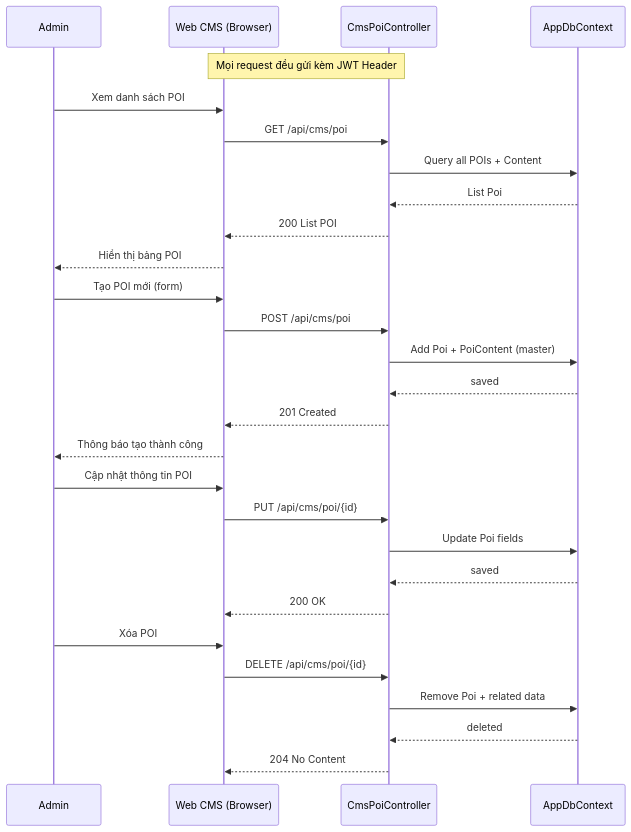
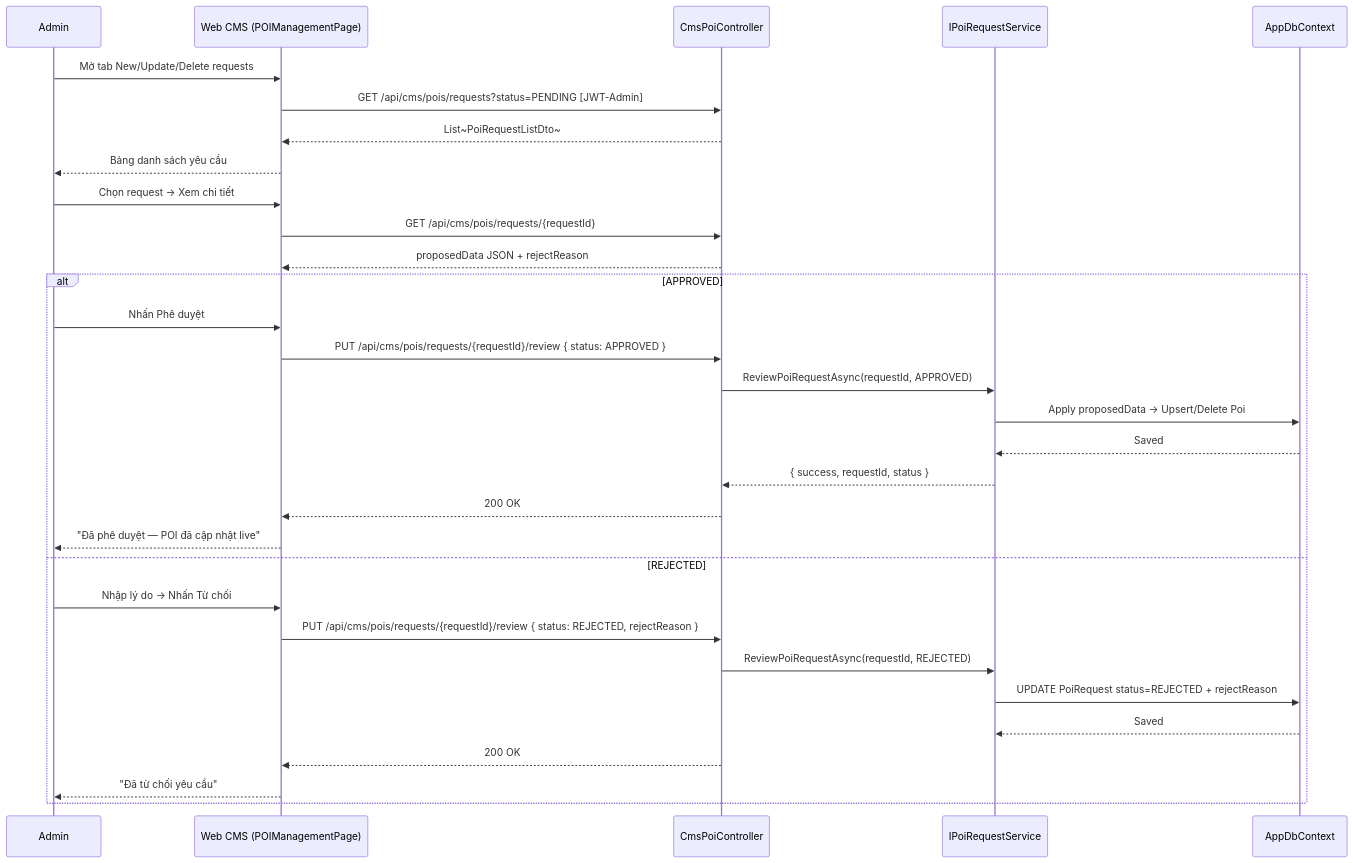
One commit to quynhtien1977/AudioGo changed diagram 28 of 58 in PRD.md. Above: the diagram before and after it, drawn with Mermaid. The commit also changed other lines of this file, not shown here.

````diff
--- a/PRD.md
+++ b/PRD.md
@@ -1148,35 +1376,36 @@
 ```mermaid
 sequenceDiagram
     participant Admin
-    participant CMS as Web CMS (Browser)
+    participant CMS as Web CMS (POIManagementPage)
     participant PoiCtrl as CmsPoiController
+    participant SvcReq as IPoiRequestService
     participant DB as AppDbContext
 
-    Note over CMS,PoiCtrl: Mọi request đều gửi kèm JWT Header
+    Admin ->> CMS: Mở tab New/Update/Delete requests
+    CMS ->> PoiCtrl: GET /api/cms/pois/requests?status=PENDING [JWT-Admin]
+    PoiCtrl -->> CMS: List~PoiRequestListDto~
+    CMS -->> Admin: Bảng danh sách yêu cầu
 
-    Admin ->> CMS: Xem danh sách POI
-    CMS ->> PoiCtrl: GET /api/cms/poi
-    PoiCtrl ->> DB: Query all POIs + Content
-    DB -->> PoiCtrl: List Poi
-    PoiCtrl -->> CMS: 200 List POI
-    CMS -->> Admin: Hiển thị bảng POI
+    Admin ->> CMS: Chọn request → Xem chi tiết
+    CMS ->> PoiCtrl: GET /api/cms/pois/requests/{requestId}
+    PoiCtrl -->> CMS: proposedData JSON + rejectReason
 
-    Admin ->> CMS: Tạo POI mới (form)
-    CMS ->> PoiCtrl: POST /api/cms/poi
-    PoiCtrl ->> DB: Add Poi + PoiContent (master)
-    DB -->> PoiCtrl: saved
-    PoiCtrl -->> CMS: 201 Created
-    CMS -->> Admin: Thông báo tạo thành công
-
-    Admin ->> CMS: Cập nhật thông tin POI
-    CMS ->> PoiCtrl: PUT /api/cms/poi/{id}
-    PoiCtrl ->> DB: Update Poi fields
-    DB -->> PoiCtrl: saved
-    PoiCtrl -->> CMS: 200 OK
-
-    Admin ->> CMS: Xóa POI
-    CMS ->> PoiCtrl: DELETE /api/cms/poi/{id}
-    PoiCtrl ->> DB: Remove Poi + related data
-    DB -->> PoiCtrl: deleted
-    PoiCtrl -->> CMS: 204 No Content
+    alt APPROVED
+        Admin ->> CMS: Nhấn Phê duyệt
+        CMS ->> PoiCtrl: PUT /api/cms/pois/requests/{requestId}/review { status: APPROVED }
+        PoiCtrl ->> SvcReq: ReviewPoiRequestAsync(requestId, APPROVED)
+        SvcReq ->> DB: Apply proposedData → Upsert/Delete Poi
+        DB -->> SvcReq: Saved
+        SvcReq -->> PoiCtrl: { success, requestId, status }
+        PoiCtrl -->> CMS: 200 OK
+        CMS -->> Admin: "Đã phê duyệt — POI đã cập nhật live"
+    else REJECTED
+        Admin ->> CMS: Nhập lý do → Nhấn Từ chối
+        CMS ->> PoiCtrl: PUT /api/cms/pois/requests/{requestId}/review { status: REJECTED, rejectReason }
+        PoiCtrl ->> SvcReq: ReviewPoiRequestAsync(requestId, REJECTED)
+        SvcReq ->> DB: UPDATE PoiRequest status=REJECTED + rejectReason
+        DB -->> SvcReq: Saved
+        PoiCtrl -->> CMS: 200 OK
+        CMS -->> Admin: "Đã từ chối yêu cầu"
+    end
 ```
````
